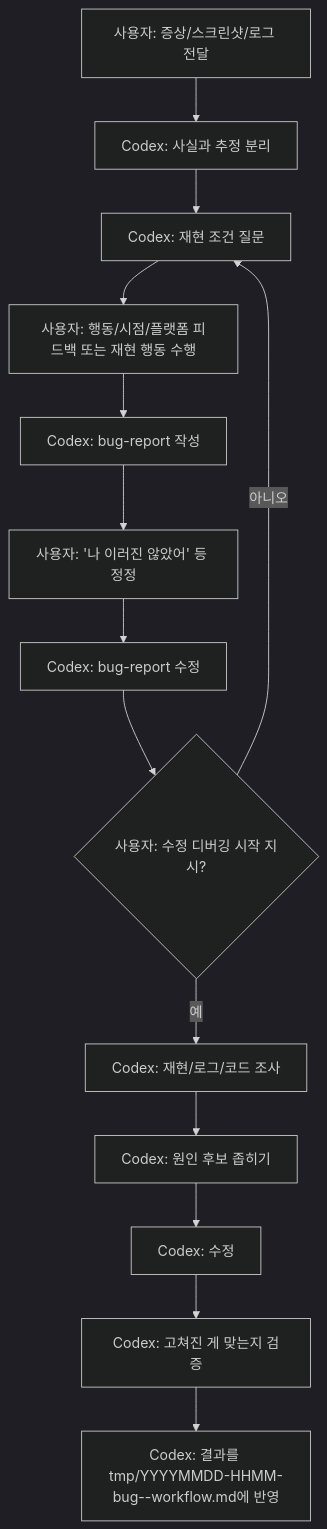
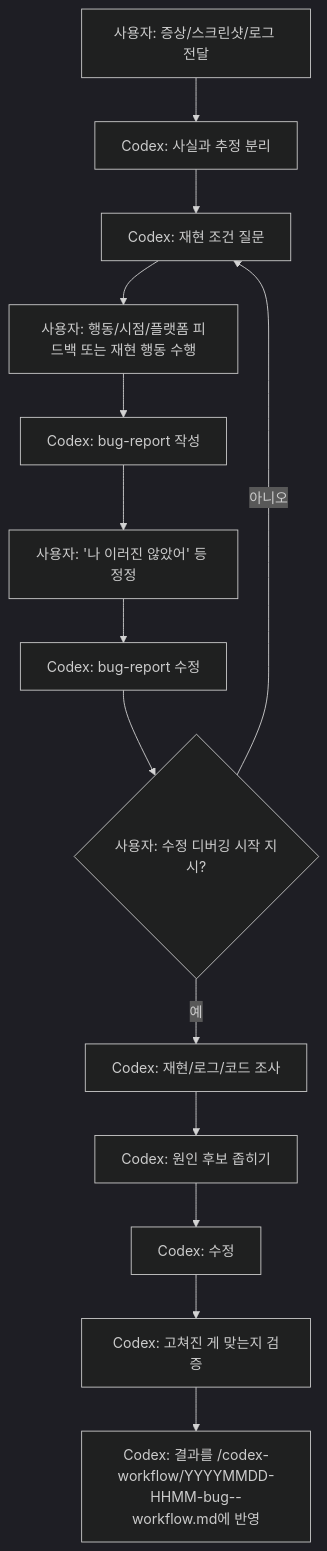
The fourth of 6 diagrams in plugins/codex-workflow/references/workflow-plugin-design.md (j-token/j-token-workflow-kit), drawn with Mermaid (dark theme) before and after one commit. The commit also changed other lines of this file and 5 other files, not shown here.

````diff
--- a/plugins/codex-workflow/references/workflow-plugin-design.md
+++ b/plugins/codex-workflow/references/workflow-plugin-design.md
@@ -216,16 +217,16 @@
 ```mermaid
 flowchart TD
     A["사용자: 증상/스크린샷/로그 전달"] --> B["Codex: 사실과 추정 분리"]
     B --> C["Codex: 재현 조건 질문"]
     C --> D["사용자: 행동/시점/플랫폼 피드백 또는 재현 행동 수행"]
     D --> E["Codex: bug-report 작성"]
     E --> F["사용자: '나 이러진 않았어' 등 정정"]
     F --> G["Codex: bug-report 수정"]
     G --> H{"사용자: 수정 디버깅 시작 지시?"}
     H -- "아니오" --> C
     H -- "예" --> I["Codex: 재현/로그/코드 조사"]
     I --> J["Codex: 원인 후보 좁히기"]
     J --> K["Codex: 수정"]
     K --> L["Codex: 고쳐진 게 맞는지 검증"]
-    L --> M["Codex: 결과를 tmp/YYYYMMDD-HHMM-bug-<topic>-workflow.md에 반영"]
+    L --> M["Codex: 결과를 <system-temp>/codex-workflow/YYYYMMDD-HHMM-bug-<topic>-workflow.md에 반영"]
 ```
````
